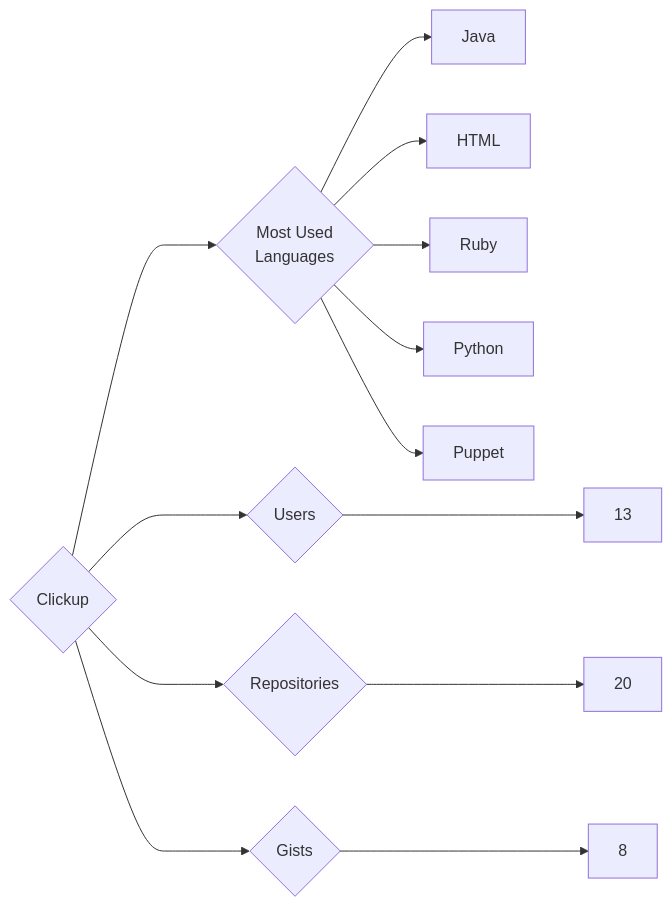
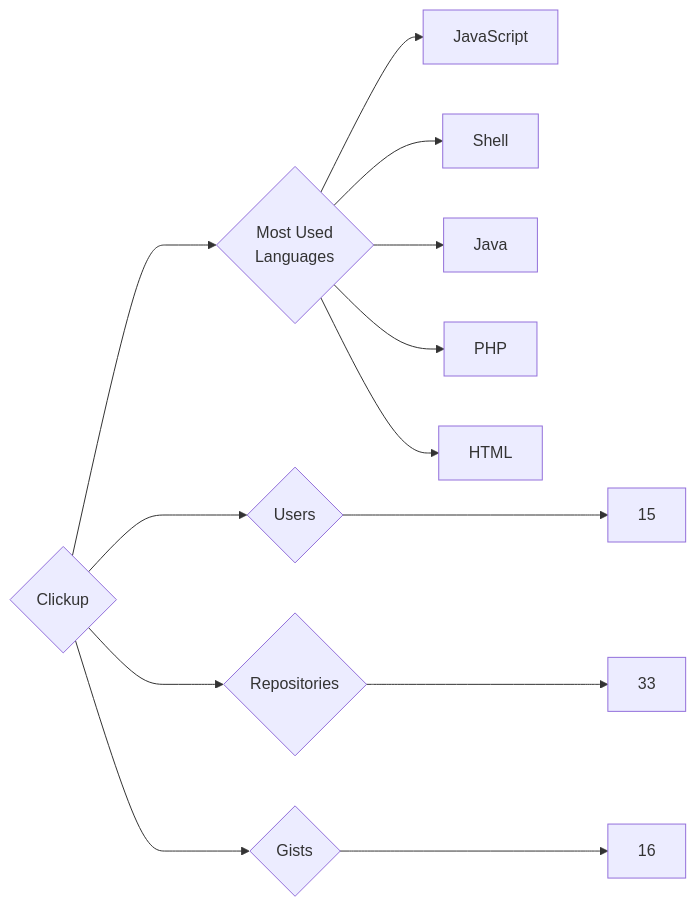
One commit to trickest/insiders changed the diagram in targets/Clickup/README.md. Above: the diagram before and after it, drawn with Mermaid. The commit also changed 860 other files, not shown here.

````diff
--- a/targets/Clickup/README.md
+++ b/targets/Clickup/README.md
@@ -3,13 +3,13 @@
 ```mermaid
 graph LR
 COMPANY_NAME{Clickup}
-COMPANY_NAME ---> U{Users} ---> UN[13]
-COMPANY_NAME ---> R{Repositories} ---> RN[20]
-COMPANY_NAME ---> G{Gists} ---> GN[8]
+COMPANY_NAME ---> U{Users} ---> UN[15]
+COMPANY_NAME ---> R{Repositories} ---> RN[33]
+COMPANY_NAME ---> G{Gists} ---> GN[16]
 COMPANY_NAME ---> ML{Most Used<br>Languages}
+ML --> JavaScript[JavaScript]
+ML --> Shell[Shell]
 ML --> Java[Java]
+ML --> PHP[PHP]
 ML --> HTML[HTML]
-ML --> Ruby[Ruby]
-ML --> Python[Python]
-ML --> Puppet[Puppet]
 ```
````
